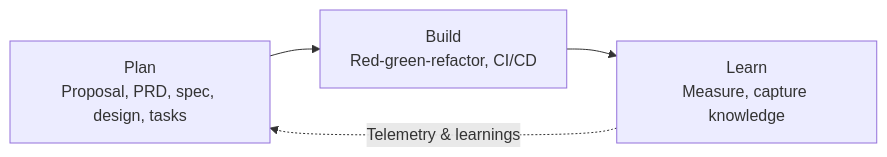
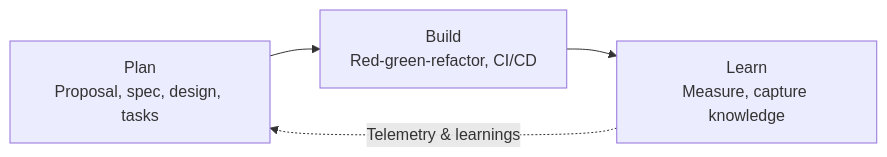
Before and after one commit to keolo/keolo-com: the first of 4 diagrams in content/posts/spec-driven-development.md, drawn with Mermaid. The commit also changed other lines of this file, not shown here.

First line of the commit message:
docs(posts): refine phrasing and diagrams in spec-driven development article (#10)

````diff
--- a/content/posts/spec-driven-development.md
+++ b/content/posts/spec-driven-development.md
@@ -21,7 +21,7 @@
 ```mermaid
 flowchart LR
-    PLAN["Plan<br/>Proposal, PRD, spec, design, tasks"]
+    PLAN["Plan<br/>Proposal, spec, design, tasks"]
     PLAN --> BUILD["Build<br/>Red-green-refactor, CI/CD"]
     BUILD --> LEARN["Learn<br/>Measure, capture knowledge"]
     LEARN -.->|Telemetry & learnings| PLAN
 ```
````
